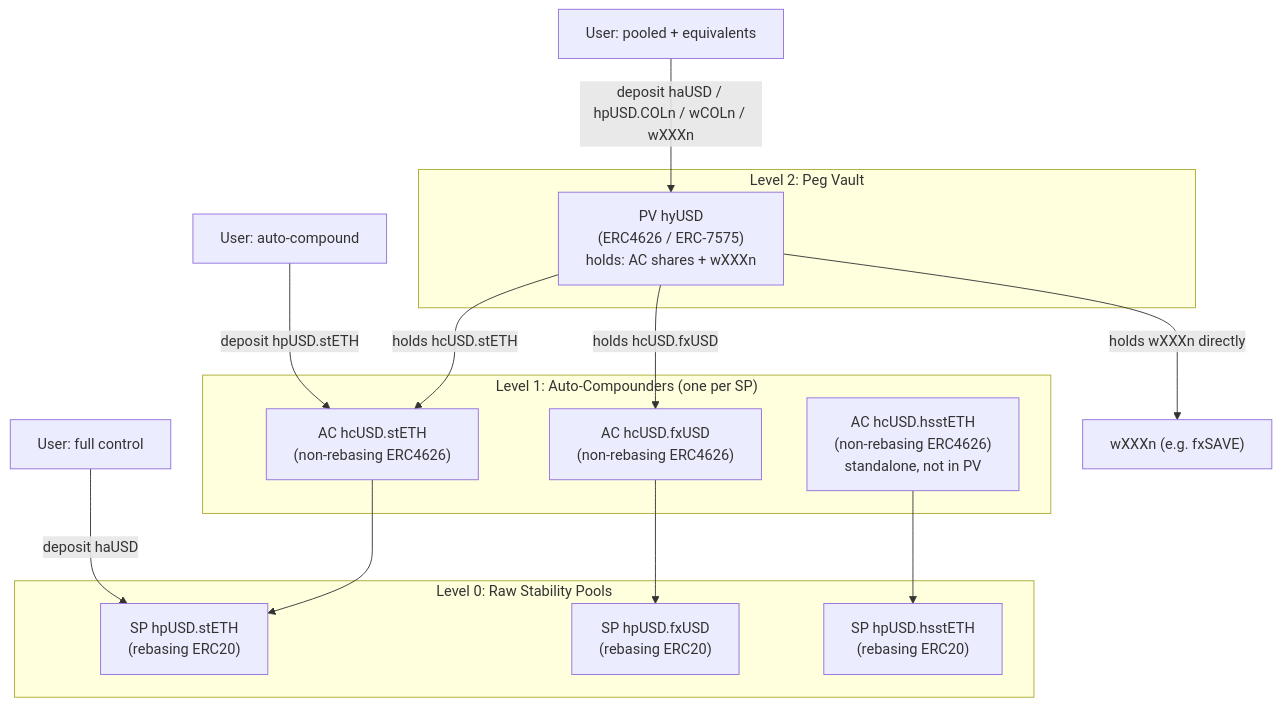
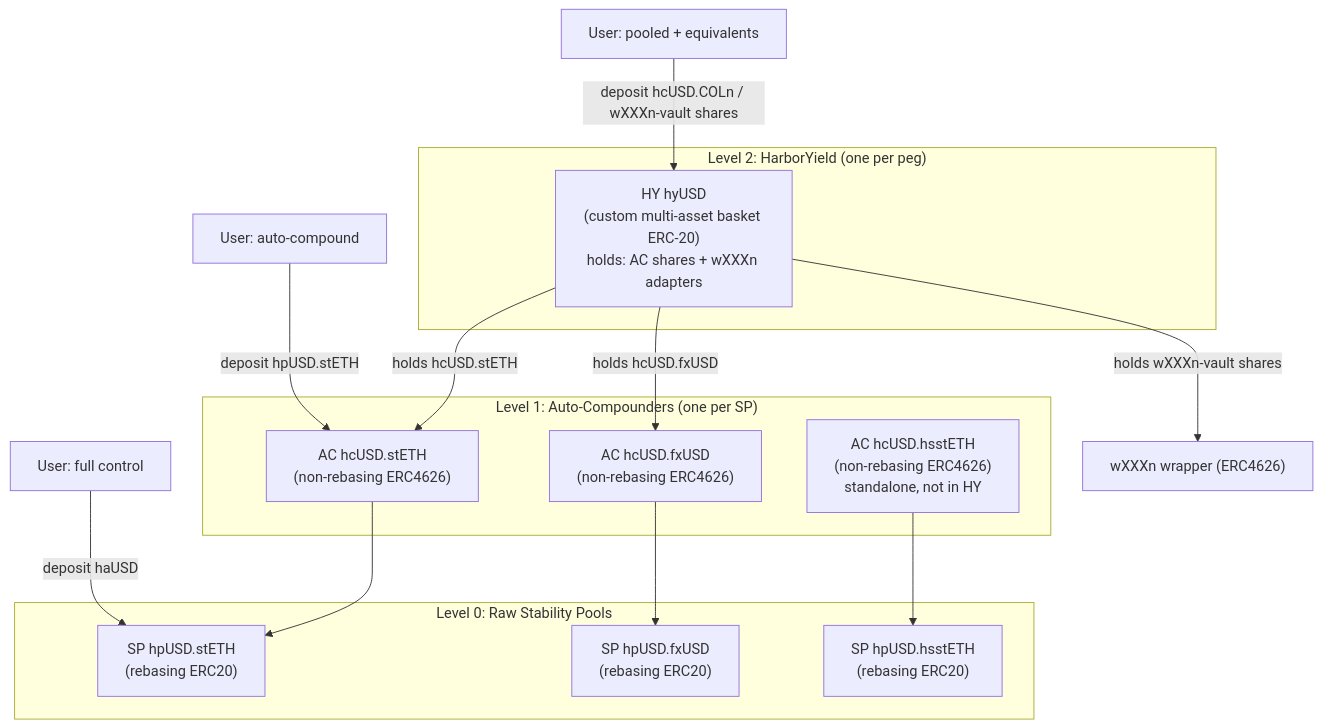
One commit to baofinance/harbor changed the first of 9 diagrams in doc/ideas/autocompounding-vault-design.md. Above: the diagram before and after it, drawn with Mermaid. The commit also changed other lines of this file, not shown here.

First line of the commit message:
update autocompounding vault design doc to match shipped state

````diff
--- a/doc/ideas/autocompounding-vault-design.md
+++ b/doc/ideas/autocompounding-vault-design.md
@@ -25,29 +25,29 @@
 ```mermaid
 graph TD
     subgraph "Level 0: Raw Stability Pools"
         SP_COL1["SP hpUSD.stETH<br/>(rebasing ERC20)"]
         SP_COL2["SP hpUSD.fxUSD<br/>(rebasing ERC20)"]
         SP_LEV1["SP hpUSD.hsstETH<br/>(rebasing ERC20)"]
     end
 
     subgraph "Level 1: Auto-Compounders (one per SP)"
         AC_COL1["AC hcUSD.stETH<br/>(non-rebasing ERC4626)"]
         AC_COL2["AC hcUSD.fxUSD<br/>(non-rebasing ERC4626)"]
-        AC_LEV1["AC hcUSD.hsstETH<br/>(non-rebasing ERC4626)<br/>standalone, not in PV"]
+        AC_LEV1["AC hcUSD.hsstETH<br/>(non-rebasing ERC4626)<br/>standalone, not in HY"]
     end
 
-    subgraph "Level 2: Peg Vault"
-        PV["PV hyUSD<br/>(ERC4626 / ERC-7575)<br/>holds: AC shares + wXXXn"]
+    subgraph "Level 2: HarborYield (one per peg)"
+        HY["HY hyUSD<br/>(custom multi-asset basket ERC-20)<br/>holds: AC shares + wXXXn adapters"]
     end
 
     User_L0["User: full control"] -->|"deposit haUSD"| SP_COL1
     User_L1["User: auto-compound"] -->|"deposit hpUSD.stETH"| AC_COL1
-    User_L2["User: pooled + equivalents"] -->|"deposit haUSD / hpUSD.COLn / wCOLn / wXXXn"| PV
+    User_L2["User: pooled + equivalents"] -->|"deposit hcUSD.COLn / wXXXn-vault shares"| HY
 
     AC_COL1 --> SP_COL1
     AC_COL2 --> SP_COL2
     AC_LEV1 --> SP_LEV1
-    PV -->|"holds hcUSD.stETH"| AC_COL1
-    PV -->|"holds hcUSD.fxUSD"| AC_COL2
-    PV -->|"holds wXXXn directly"| wXXXn_pool["wXXXn (e.g. fxSAVE)"]
+    HY -->|"holds hcUSD.stETH"| AC_COL1
+    HY -->|"holds hcUSD.fxUSD"| AC_COL2
+    HY -->|"holds wXXXn-vault shares"| wXXXn_pool["wXXXn wrapper (ERC4626)"]
 ```
````
